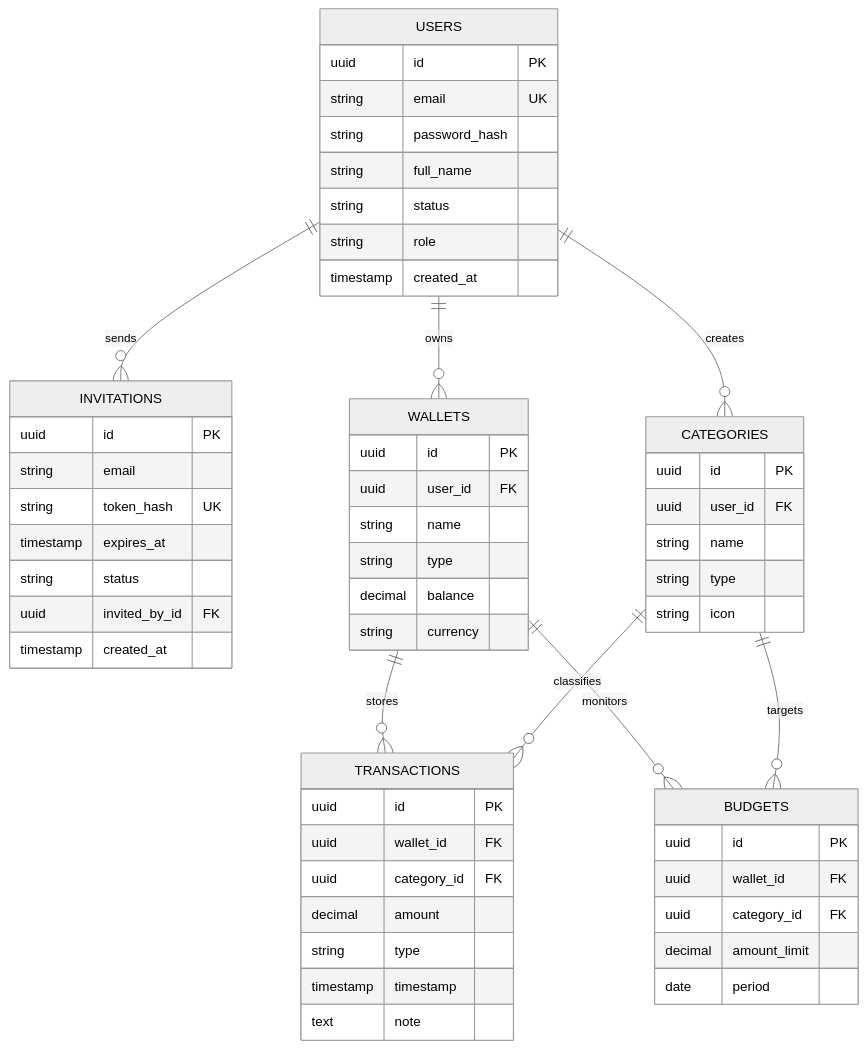
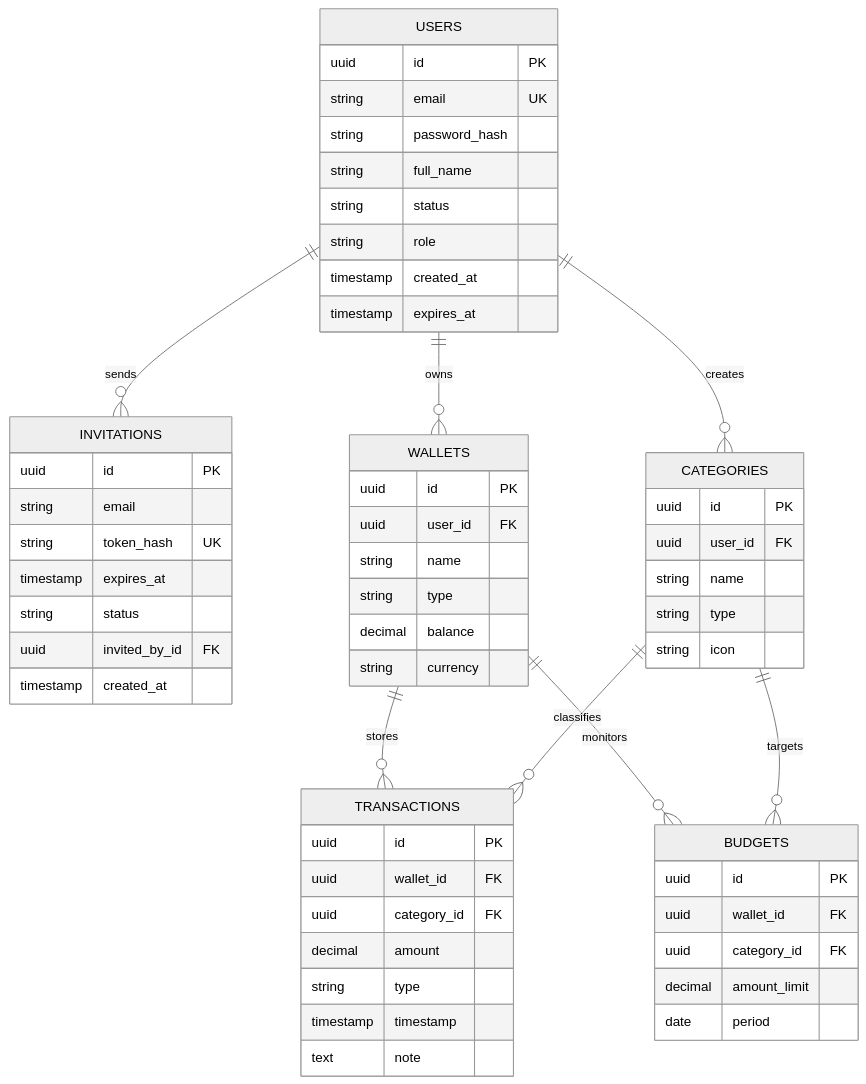
One commit to Viktorious1701/PFM changed the seventh of 8 diagrams in SDS.md. Above: the diagram before and after it, drawn with Mermaid (neutral theme). The commit also changed other lines of this file and 6 other files, not shown here.

````diff
--- a/SDS.md
+++ b/SDS.md
@@ -393,65 +410,66 @@
 ```mermaid
 erDiagram
     USERS ||--o{ INVITATIONS : sends
     USERS ||--o{ WALLETS : owns
     USERS ||--o{ CATEGORIES : creates
     WALLETS ||--o{ TRANSACTIONS : stores
     CATEGORIES ||--o{ TRANSACTIONS : classifies
     WALLETS ||--o{ BUDGETS : monitors
     CATEGORIES ||--o{ BUDGETS : targets
 
     USERS {
         uuid id PK
         string email UK
         string password_hash
         string full_name
         string status
         string role
         timestamp created_at
+        timestamp expires_at
     }
 
     INVITATIONS {
         uuid id PK
         string email
         string token_hash UK
         timestamp expires_at
         string status
         uuid invited_by_id FK
         timestamp created_at
     }
 
     WALLETS {
         uuid id PK
         uuid user_id FK
         string name
         string type
         decimal balance
         string currency
     }
 
     CATEGORIES {
         uuid id PK
         uuid user_id FK
         string name
         string type
         string icon
     }
 
     TRANSACTIONS {
         uuid id PK
         uuid wallet_id FK
         uuid category_id FK
         decimal amount
         string type
         timestamp timestamp
         text note
     }
 
     BUDGETS {
         uuid id PK
         uuid wallet_id FK
         uuid category_id FK
         decimal amount_limit
         date period
     }
 ```
````
